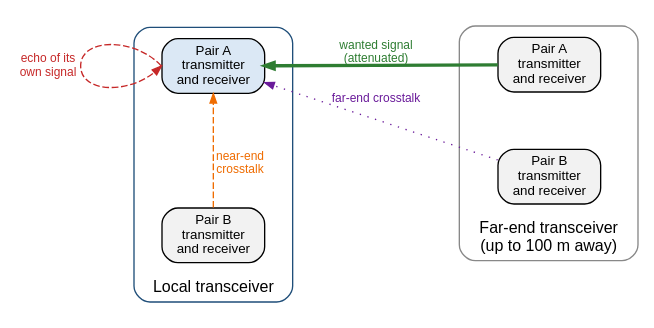
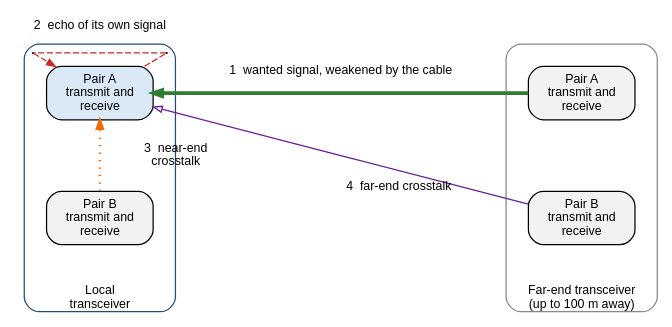
One commit to mithro/evampire changed the diagram in docs/ethernet/phy-electrical/cable-impairments.dot. Above: the diagram before and after it, drawn with Graphviz. The commit also changed 2 other files, not shown here.

Commit message:
Add the 1000BASE-T channel limits, echo and crosstalk page
The channel formulas are cited to Clause 40.7. The impairment diagram labels each signal, and a new diagram shows the hybrid.

```diff
--- a/docs/ethernet/phy-electrical/cable-impairments.dot
+++ b/docs/ethernet/phy-electrical/cable-impairments.dot
@@ -1,38 +1,49 @@
-// What arrives at the receiver of pair A in 1000BASE-T. Only two of the
-// four pairs are drawn; pairs C and D add the same kinds of coupling.
+// What arrives at the receiver of pair A in 1000BASE-T. Only pairs A and B
+// are drawn; pairs C and D add the same kinds of coupling. Each kind of
+// signal has its own line style and a text label, so the figure does not
+// rely on colour.
 //
 // SPDX-License-Identifier: Apache-2.0
 
 digraph impairments {
-    graph [rankdir=RL, fontname="Helvetica", fontsize=12, nodesep=0.6,
-           ranksep=0.9, newrank=true];
+    graph [layout=neato, splines=false, overlap=true, fontname="Helvetica",
+           size="7.4,3.2"];
     node  [shape=box, style="rounded,filled", fillcolor="#f2f2f2",
-           fontname="Helvetica", fontsize=10, width=0.9];
-    edge  [fontname="Helvetica", fontsize=9, arrowsize=0.7];
+           fontname="Helvetica", fontsize=10, width=1.2, height=0.6,
+           fixedsize=true];
+    edge  [fontname="Helvetica", fontsize=10, arrowsize=0.7];
 
-    subgraph cluster_local {
-        label="Local transceiver"; style="rounded"; color="#1f4e79"; labelloc=b;
-        la [label="Pair A\ntransmitter\nand receiver", fillcolor="#dbe8f5"];
-        lb [label="Pair B\ntransmitter\nand receiver"];
-    }
+    // Outlines of the two transceivers.
+    g_loc [pos="1.0,1.55!", width=1.7, height=3.0, label="Local\ntransceiver",
+           labelloc=b, style="rounded", color="#1f4e79", fillcolor="none"];
+    g_far [pos="6.4,1.55!", width=1.7, height=3.0,
+           label="Far-end transceiver\n(up to 100 m away)", labelloc=b,
+           style="rounded", color="#888888", fillcolor="none"];
 
-    subgraph cluster_far {
-        label="Far-end transceiver\n(up to 100 m away)"; style="rounded";
-        color="#888888"; labelloc=b;
-        fa [label="Pair A\ntransmitter\nand receiver"];
-        fb [label="Pair B\ntransmitter\nand receiver"];
-    }
+    la [pos="1.0,2.5!", label="Pair A\ntransmit and\nreceive", fillcolor="#dbe8f5"];
+    lb [pos="1.0,1.1!", label="Pair B\ntransmit and\nreceive"];
+    fa [pos="6.4,2.5!", label="Pair A\ntransmit and\nreceive"];
+    fb [pos="6.4,1.1!", label="Pair B\ntransmit and\nreceive"];
 
-    { rank=same; la; lb; }
-    { rank=same; fa; fb; }
+    // Text labels placed beside the lines they name.
+    l_want [pos="3.7,2.75!", shape=plaintext, style="", width=2.6, height=0.25,
+            label="1  wanted signal, weakened by the cable"];
+    l_echo [pos="1.0,3.25!", shape=plaintext, style="", width=1.9, height=0.25,
+            label="2  echo of its own signal"];
+    l_next [pos="1.85,1.8!", shape=plaintext, style="", width=1.2, height=0.4,
+            label="3  near-end\ncrosstalk"];
+    l_fext [pos="4.35,1.45!", shape=plaintext, style="", width=1.5, height=0.25,
+            label="4  far-end crosstalk"];
 
-    fa -> la [penwidth=2.5, color="#2e7d32", fontcolor="#2e7d32",
-              label="wanted signal\n(attenuated)"];
-    la:w -> la:w [style=dashed, color="#c62828", fontcolor="#c62828",
-              label="echo of its\nown signal"];
-    lb -> la [style=dashed, color="#ef6c00", fontcolor="#ef6c00",
-              xlabel="near-end\ncrosstalk"];
-    fb -> la [style=dotted, color="#6a1b9a", fontcolor="#6a1b9a",
-              label="far-end crosstalk"];
-    fb -> lb [style=invis];
+    // Corner points for the echo loop.
+    node [shape=point, width=0.01, height=0.01, label=""];
+    e1 [pos="1.75,2.95!"];
+    e2 [pos="0.25,2.95!"];
+
+    fa -> la [penwidth=3, color="#2e7d32"];
+    la -> e1 [style=dashed, color="#c62828", arrowhead=none];
+    e1 -> e2 [style=dashed, color="#c62828", arrowhead=none];
+    e2 -> la [style=dashed, color="#c62828"];
+    lb -> la [style=dotted, penwidth=2, color="#ef6c00"];
+    fb -> la [style=solid, penwidth=1, color="#6a1b9a", arrowhead=empty];
 }
```
